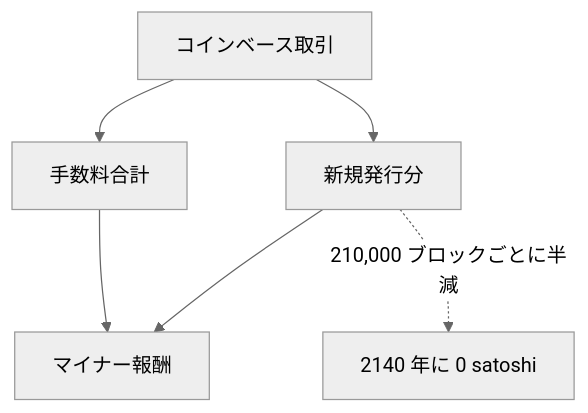
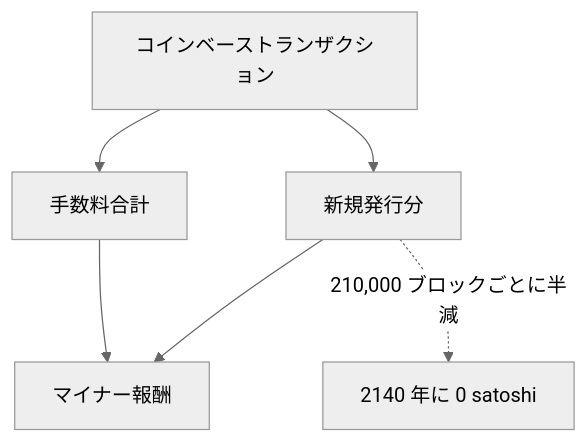
One commit to cypher256/BitcoinArchive changed the diagram in src/data/translations/ja/analysis/2026-05-18-mining-reward-exhaustion-fee-only-future.md. Above: the diagram before and after it, drawn with Mermaid (neutral theme). The commit also changed other lines of this file and 3 other files, not shown here.

````diff
--- a/src/data/translations/ja/analysis/2026-05-18-mining-reward-exhaustion-fee-only-future.md
+++ b/src/data/translations/ja/analysis/2026-05-18-mining-reward-exhaustion-fee-only-future.md
@@ -60,8 +60,8 @@
 ```mermaid
 graph TD
-  CB[コインベース取引] --> S[新規発行分]
+  CB[コインベーストランザクション] --> S[新規発行分]
   CB --> F[手数料合計]
   S --> M[マイナー報酬]
   F --> M
   S -.->|210,000 ブロックごとに半減| Z[2140 年に 0 satoshi]
 ```
````
